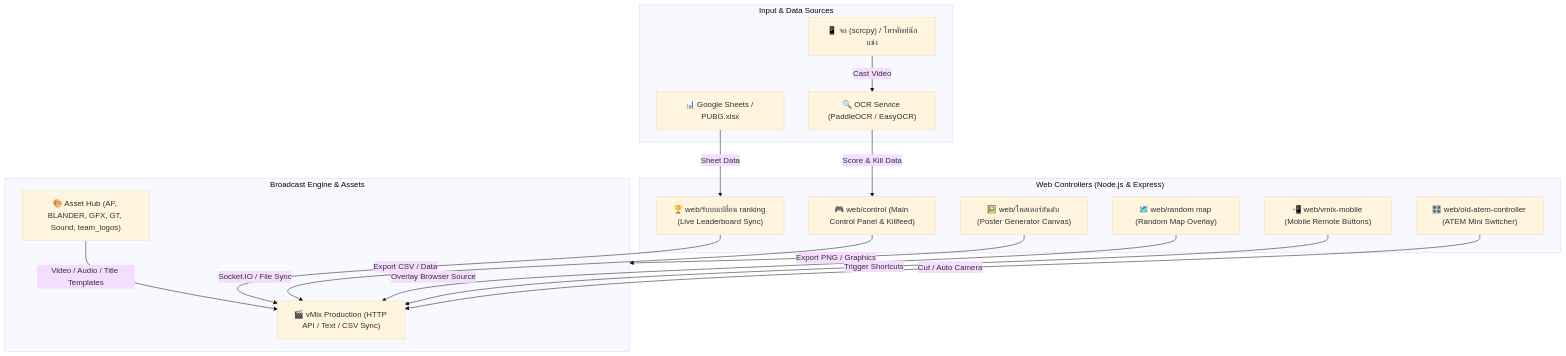
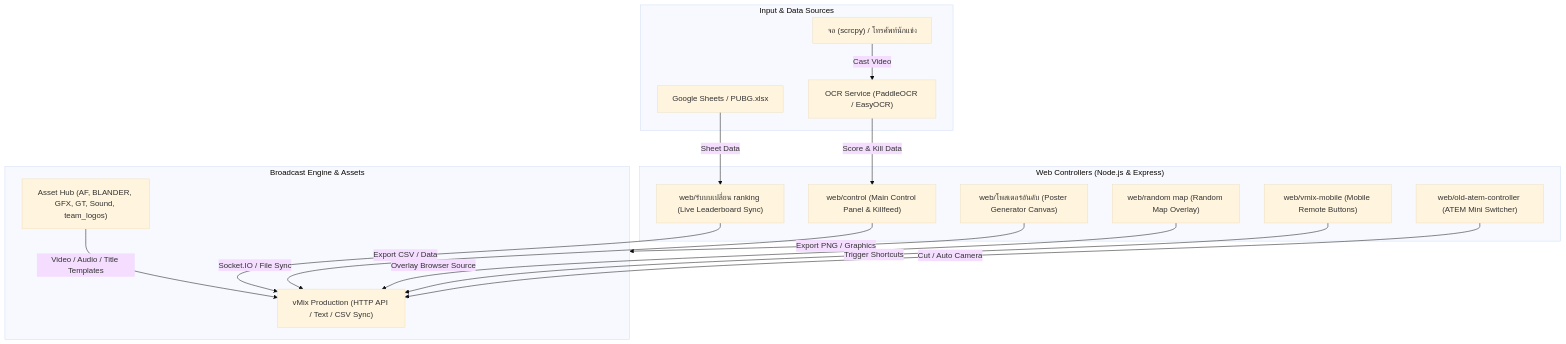
Before and after one commit to Pannawath/PUBG-MOBILE-Vmix-manul-control-live-ranking-killfeed: the diagram in README.md, drawn with Mermaid (base theme). The commit also changed other lines of this file, not shown here.

````diff
--- a/README.md
+++ b/README.md
@@ -12,34 +12,34 @@
 ```mermaid
 graph TD
     subgraph INPUTS["Input & Data Sources"]
-        SCRCPY["📱 จอ (scrcpy) / โทรศัพท์นักแข่ง"]
-        GSHEET["📊 Google Sheets / PUBG.xlsx"]
-        OCR["🔍 OCR Service (PaddleOCR / EasyOCR)"]
+        SCRCPY["จอ (scrcpy) / โทรศัพท์นักแข่ง"]
+        GSHEET["Google Sheets / PUBG.xlsx"]
+        OCR["OCR Service (PaddleOCR / EasyOCR)"]
     end
 
     subgraph CORE_WEB["Web Controllers (Node.js & Express)"]
-        CONTROL["🎮 web/control (Main Control Panel & Killfeed)"]
-        RANKING["🏆 web/รับบบเปลี่ยน ranking (Live Leaderboard Sync)"]
-        POSTER["🖼️ web/โพสเตอร์อันดับ (Poster Generator Canvas)"]
-        RNDMAP["🗺️ web/random map (Random Map Overlay)"]
-        VMOBILE["📲 web/vmix-mobile (Mobile Remote Buttons)"]
-        ATEM["🎛️ web/old-atem-controller (ATEM Mini Switcher)"]
+        CONTROL["web/control (Main Control Panel & Killfeed)"]
+        RANKING["web/รับบบเปลี่ยน ranking (Live Leaderboard Sync)"]
+        POSTER["web/โพสเตอร์อันดับ (Poster Generator Canvas)"]
+        RNDMAP["web/random map (Random Map Overlay)"]
+        VMOBILE["web/vmix-mobile (Mobile Remote Buttons)"]
+        ATEM["web/old-atem-controller (ATEM Mini Switcher)"]
     end
 
     subgraph PRODUCTION["Broadcast Engine & Assets"]
-        VMIX["🎬 vMix Production (HTTP API / Text / CSV Sync)"]
-        GRAPHICS["🎨 Asset Hub (AF, BLANDER, GFX, GT, Sound, team_logos)"]
+        VMIX["vMix Production (HTTP API / Text / CSV Sync)"]
+        GRAPHICS["Asset Hub (AF, BLANDER, GFX, GT, Sound, team_logos)"]
     end
 
     SCRCPY -->|Cast Video| OCR
     OCR -->|Score & Kill Data| CONTROL
     GSHEET -->|Sheet Data| RANKING
     
     CONTROL -->|Socket.IO / File Sync| VMIX
     RANKING -->|Export CSV / Data| VMIX
     RNDMAP -->|Overlay Browser Source| VMIX
     VMOBILE -->|Trigger Shortcuts| VMIX
     ATEM -->|Cut / Auto Camera| VMIX
     POSTER -->|Export PNG / Graphics| PRODUCTION
     GRAPHICS -->|Video / Audio / Title Templates| VMIX
 ```
````
